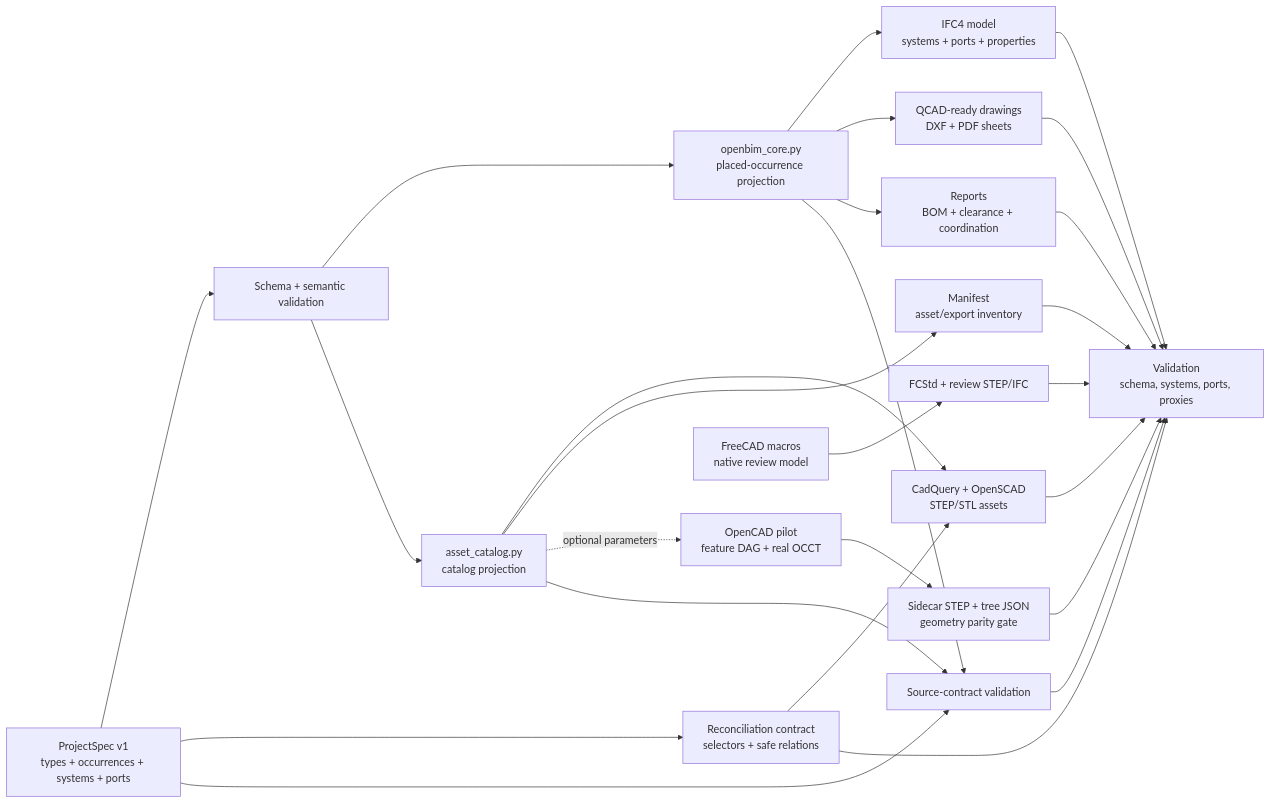
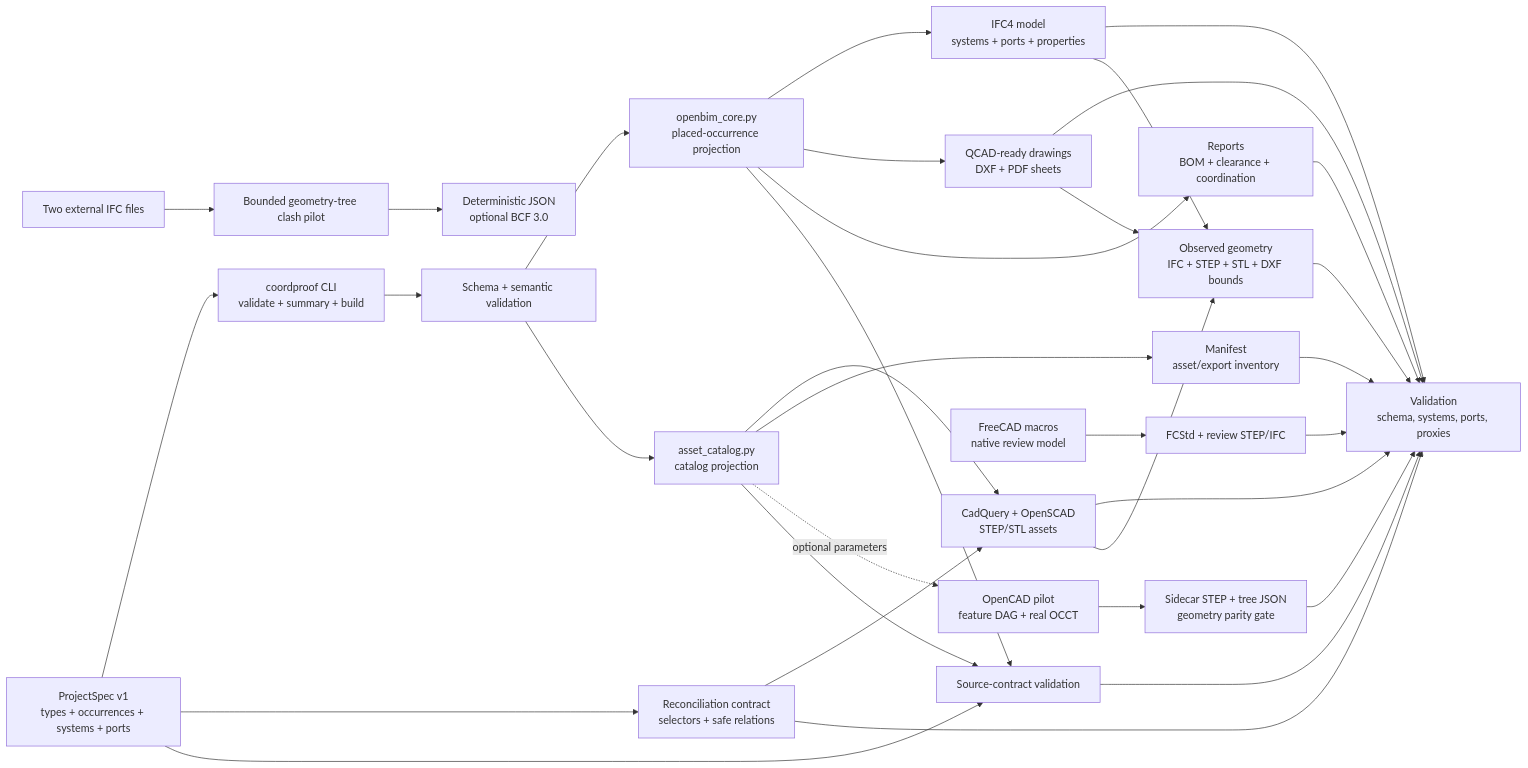
Before and after one commit to Taz33m/coordproof-openbim-mep: the diagram in README.md, drawn with Mermaid. The commit also changed other lines of this file and 27 other files, not shown here.

````diff
--- a/README.md
+++ b/README.md
@@ -94,28 +109,35 @@
 ```mermaid
 flowchart LR
-    P["ProjectSpec v1<br/>types + occurrences + systems + ports"] --> L["Schema + semantic validation"]
+    P["ProjectSpec v1<br/>types + occurrences + systems + ports"] --> CLI["coordproof CLI<br/>validate + summary + build"]
+    CLI --> L["Schema + semantic validation"]
     P --> R["Reconciliation contract<br/>selectors + safe relations"]
     L --> A["openbim_core.py<br/>placed-occurrence projection"]
     L --> T["asset_catalog.py<br/>catalog projection"]
     A --> B["IFC4 model<br/>systems + ports + properties"]
     A --> D["QCAD-ready drawings<br/>DXF + PDF sheets"]
     A --> F["Reports<br/>BOM + clearance + coordination"]
     T --> E["CadQuery + OpenSCAD<br/>STEP/STL assets"]
     R --> E
     T --> G["Manifest<br/>asset/export inventory"]
     T -. "optional parameters" .-> I["OpenCAD pilot<br/>feature DAG + real OCCT"]
     C["FreeCAD macros<br/>native review model"] --> K["FCStd + review STEP/IFC"]
     P --> V["Source-contract validation"]
     A --> V
     T --> V
     I --> J["Sidecar STEP + tree JSON<br/>geometry parity gate"]
     B --> H["Validation<br/>schema, systems, ports, proxies"]
     D --> H
     E --> H
     F --> H
     G --> H
     K --> H
     V --> H
     R --> H
     J --> H
+    B --> O["Observed geometry<br/>IFC + STEP + STL + DXF bounds"]
+    D --> O
+    E --> O
+    O --> H
+    X["Two external IFC files"] --> Y["Bounded geometry-tree clash pilot"]
+    Y --> Z["Deterministic JSON<br/>optional BCF 3.0"]
 ```
````
